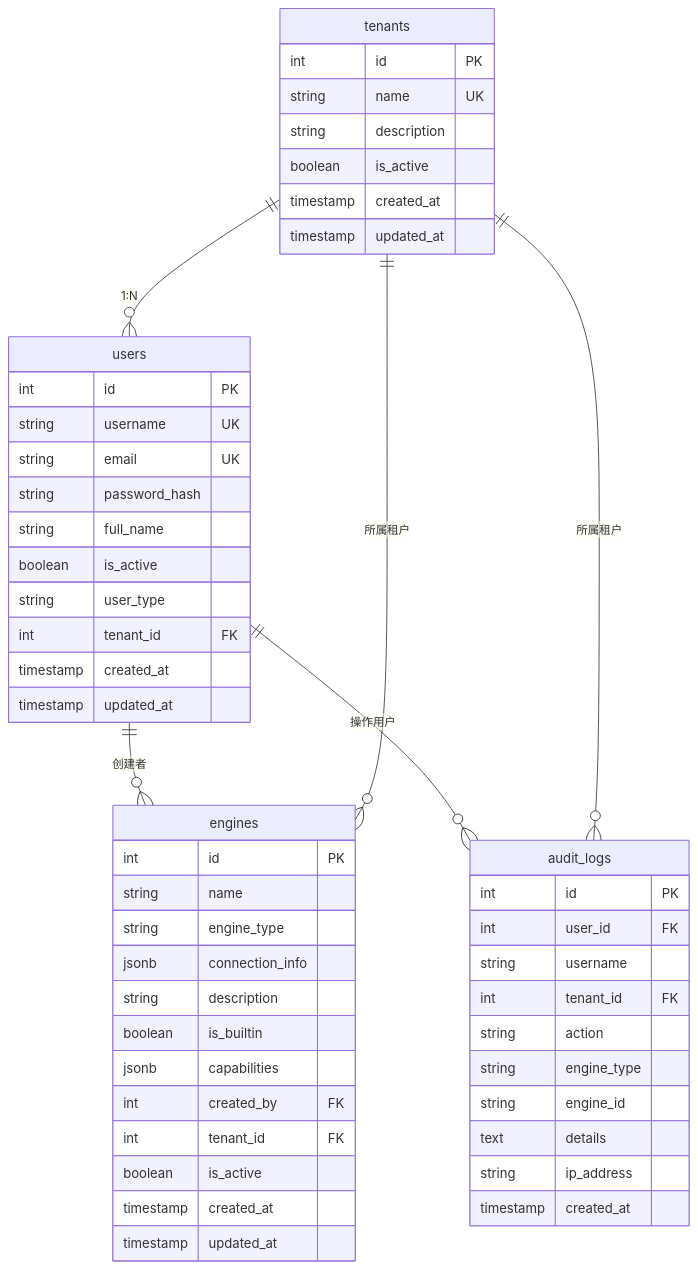
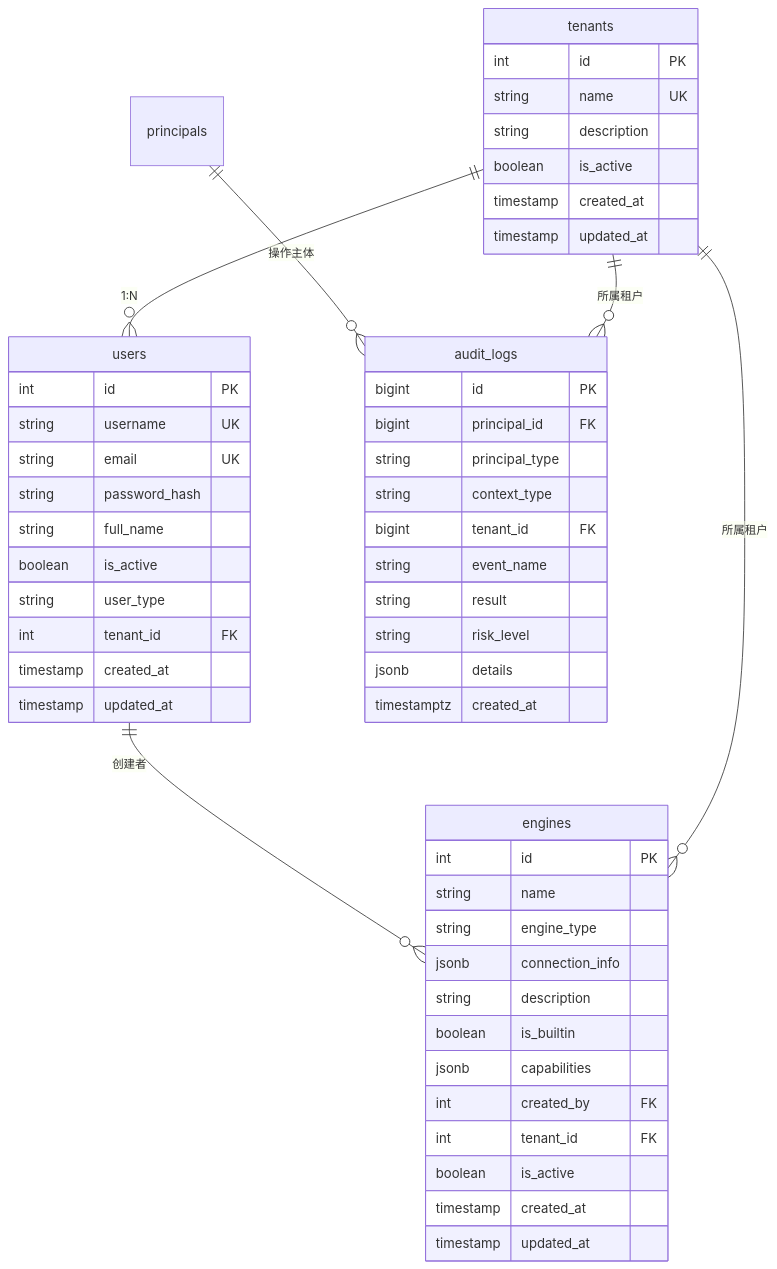
One commit to pampa0629/addp changed the diagram in system/docs/数据库架构.md. Above: the diagram before and after it, drawn with Mermaid. The commit also changed other lines of this file and 529 other files, not shown here.

````diff
--- a/system/docs/数据库架构.md
+++ b/system/docs/数据库架构.md
@@ -42,58 +42,58 @@
 ```mermaid
 erDiagram
     tenants ||--o{ users : "1:N"
     users ||--o{ engines : "创建者"
     tenants ||--o{ engines : "所属租户"
-    users ||--o{ audit_logs : "操作用户"
+    principals ||--o{ audit_logs : "操作主体"
     tenants ||--o{ audit_logs : "所属租户"
 
     tenants {
         int id PK
         string name UK
         string description
         boolean is_active
         timestamp created_at
         timestamp updated_at
     }
 
     users {
         int id PK
         string username UK
         string email UK
         string password_hash
         string full_name
         boolean is_active
         string user_type
         int tenant_id FK
         timestamp created_at
         timestamp updated_at
     }
 
     engines {
         int id PK
         string name
         string engine_type
         jsonb connection_info
         string description
         boolean is_builtin
         jsonb capabilities
         int created_by FK
         int tenant_id FK
         boolean is_active
         timestamp created_at
         timestamp updated_at
     }
 
     audit_logs {
-        int id PK
-        int user_id FK
-        string username
-        int tenant_id FK
-        string action
-        string engine_type
-        string engine_id
-        text details
-        string ip_address
-        timestamp created_at
+        bigint id PK
+        bigint principal_id FK
+        string principal_type
+        string context_type
+        bigint tenant_id FK
+        string event_name
+        string result
+        string risk_level
+        jsonb details
+        timestamptz created_at
     }
 ```
````
